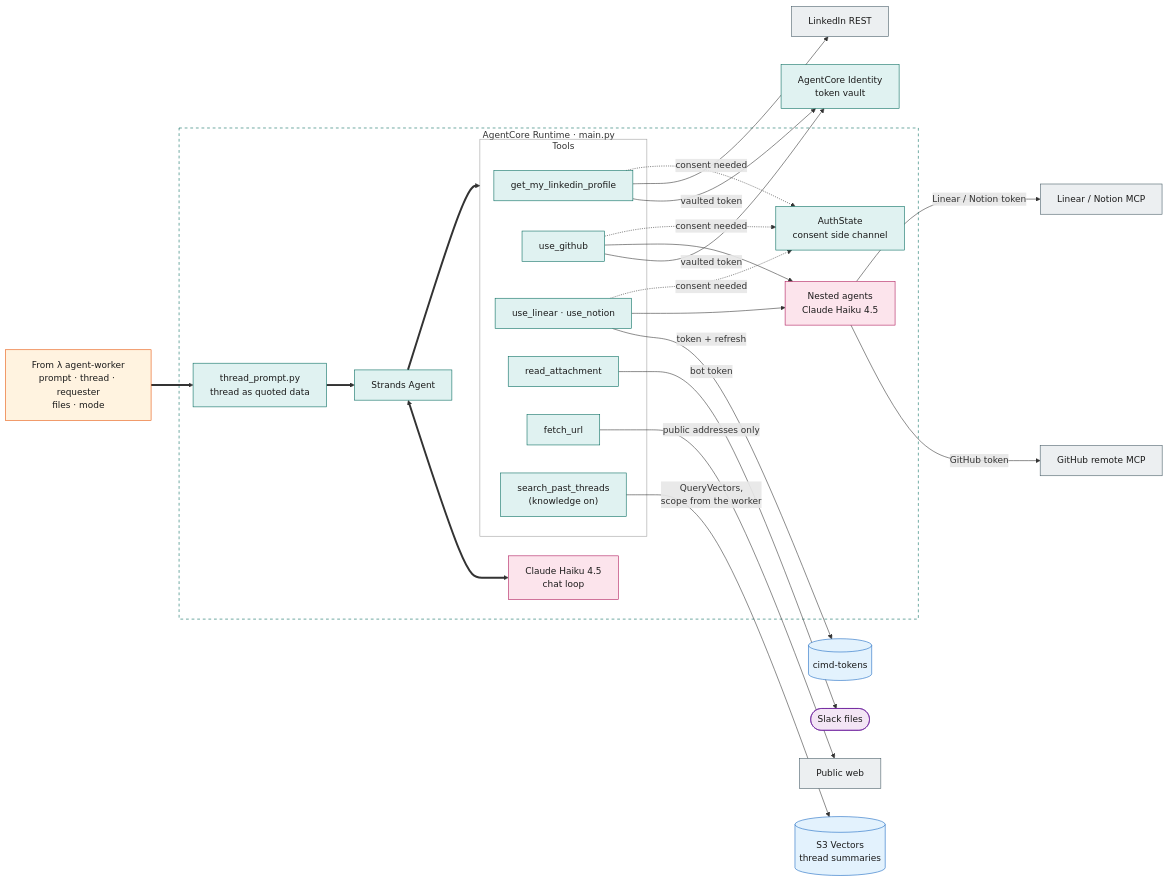
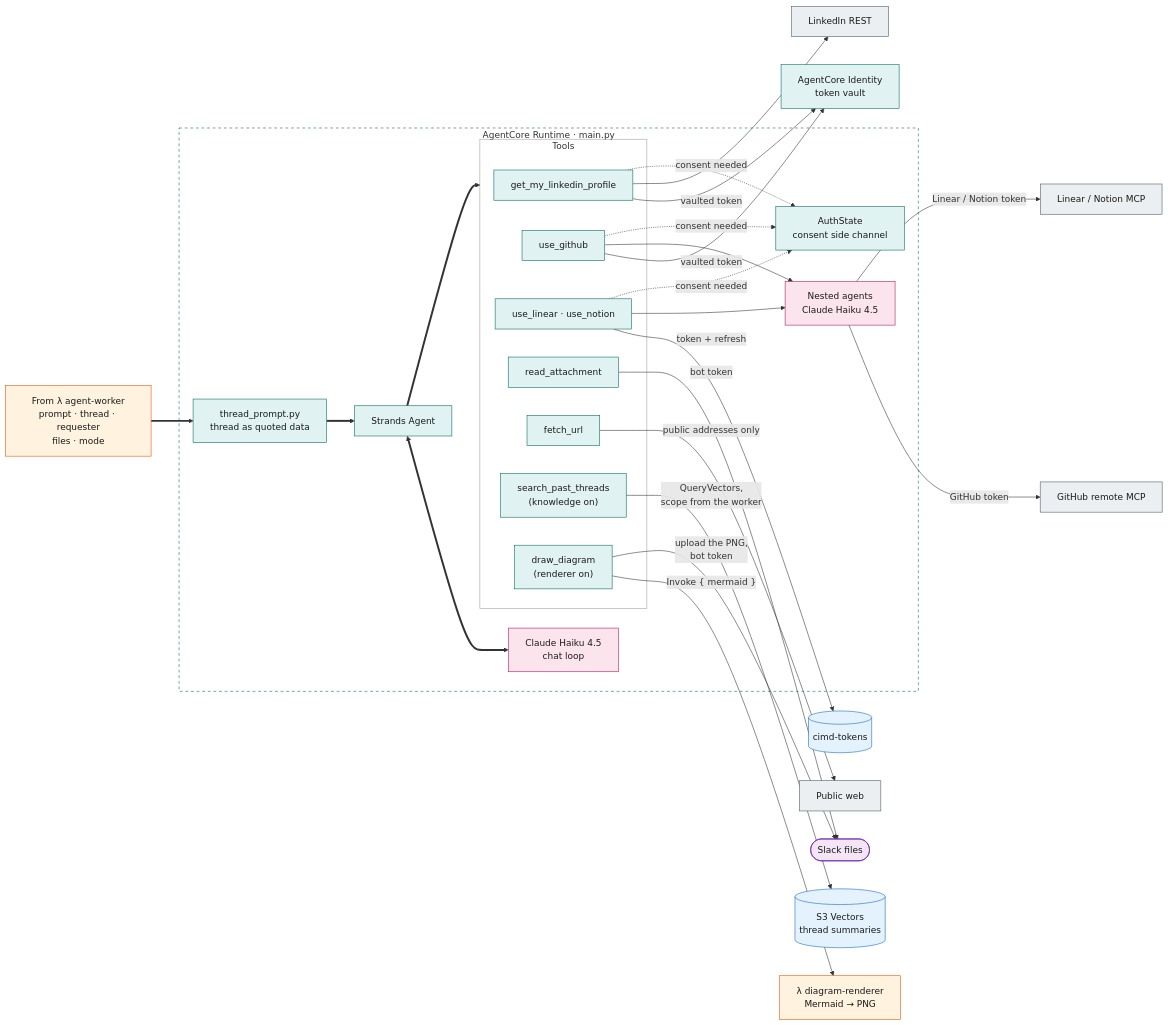
The fifth of 15 diagrams in docs/architecture.md (agent-runtime-labs/slack-agentcore-app), drawn with Mermaid before and after one commit. The commit also changed other lines of this file and 30 other files, not shown here.

First line of the commit message:
Add draw_diagram tool: diagrams as images in the Slack thread (#48)

````diff
--- a/docs/architecture.md
+++ b/docs/architecture.md
@@ -175,55 +175,59 @@
 ```mermaid
 flowchart LR
     IN["From λ agent-worker<br/>prompt · thread · requester<br/>files · mode"]:::aws
 
     subgraph RT["AgentCore Runtime · main.py"]
         PR["thread_prompt.py<br/>thread as quoted data"]:::agentcore
         AG["Strands Agent"]:::agentcore
         LLM["Claude Haiku 4.5<br/>chat loop"]:::model
         AS["AuthState<br/>consent side channel"]:::agentcore
 
         subgraph TOOLS["Tools"]
             T1["get_my_linkedin_profile"]:::agentcore
             T2["use_github"]:::agentcore
             T3["use_linear · use_notion"]:::agentcore
             T4["read_attachment"]:::agentcore
             T5["fetch_url"]:::agentcore
             T6["search_past_threads<br/>(knowledge on)"]:::agentcore
+            T7["draw_diagram<br/>(renderer on)"]:::agentcore
         end
 
         NA["Nested agents<br/>Claude Haiku 4.5"]:::model
     end
 
     ID["AgentCore Identity<br/>token vault"]:::agentcore
     TOK[("cimd-tokens")]:::data
     LI["LinkedIn REST"]:::ext
     GHM["GitHub remote MCP"]:::ext
     CM["Linear / Notion MCP"]:::ext
     SF(["Slack files"]):::slack
     WEB["Public web"]:::ext
     VEC[("S3 Vectors<br/>thread summaries")]:::data
+    DR["λ diagram-renderer<br/>Mermaid → PNG"]:::aws
 
     IN ==> PR ==> AG
     AG <==> LLM
     AG ==> TOOLS
     T1 & T2 -- "vaulted token" --> ID
     T3 -- "token + refresh" --> TOK
     T1 --> LI
     T2 --> NA
     T3 --> NA
     NA -- "GitHub token" --> GHM
     NA -- "Linear / Notion token" --> CM
     T4 -- "bot token" --> SF
     T5 -- "public addresses only" --> WEB
     T6 -- "QueryVectors,<br/>scope from the worker" --> VEC
+    T7 -- "Invoke { mermaid }" --> DR
+    T7 -- "upload the PNG,<br/>bot token" --> SF
     T1 & T2 & T3 -. "consent needed" .-> AS
 
     style RT fill:none,stroke:#00695c,stroke-dasharray:5 5
     style TOOLS fill:none,stroke:#9e9e9e
     classDef slack fill:#f3e5f5,stroke:#6a1b9a,color:#1a1a1a
     classDef aws fill:#fff3e0,stroke:#e65100,color:#1a1a1a
     classDef data fill:#e3f2fd,stroke:#1565c0,color:#1a1a1a
     classDef agentcore fill:#e0f2f1,stroke:#00695c,color:#1a1a1a
     classDef model fill:#fce4ec,stroke:#ad1457,color:#1a1a1a
     classDef ext fill:#eceff1,stroke:#455a64,color:#1a1a1a
 ```
````
